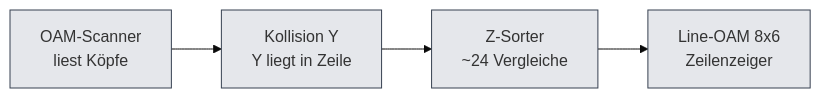
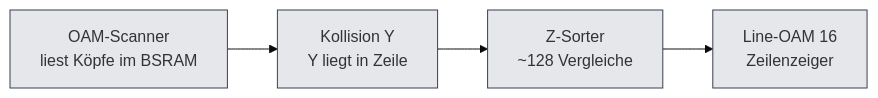
The fourth of 5 diagrams in GFXOVERV.md (olfp/Deep16), drawn with Mermaid (base theme) before and after one commit. The commit also changed other lines of this file and 1 other file, not shown here.

````diff
--- a/GFXOVERV.md
+++ b/GFXOVERV.md
@@ -160,6 +162,6 @@
 ```mermaid
 flowchart LR
   classDef a fill:#e5e7eb,stroke:#374151
-  S1["OAM-Scanner<br/>liest Köpfe"] --> S2["Kollision Y<br/>Y liegt in Zeile"] --> S3["Z-Sorter<br/>~24 Vergleiche"] --> S4["Line-OAM 8x6<br/>Zeilenzeiger"]
+  S1["OAM-Scanner<br/>liest Köpfe im BSRAM"] --> S2["Kollision Y<br/>Y liegt in Zeile"] --> S3["Z-Sorter<br/>~128 Vergleiche"] --> S4["Line-OAM 16<br/>Zeilenzeiger"]
   class S1,S2,S3,S4 a
 ```
````
